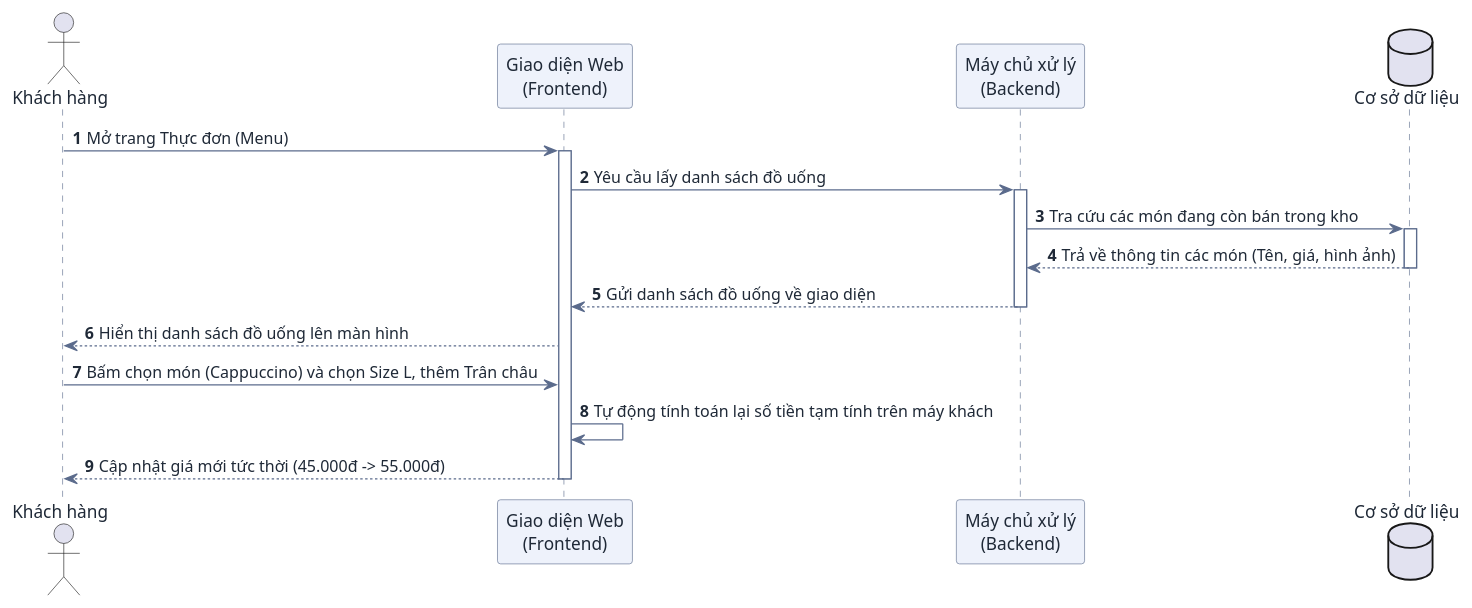
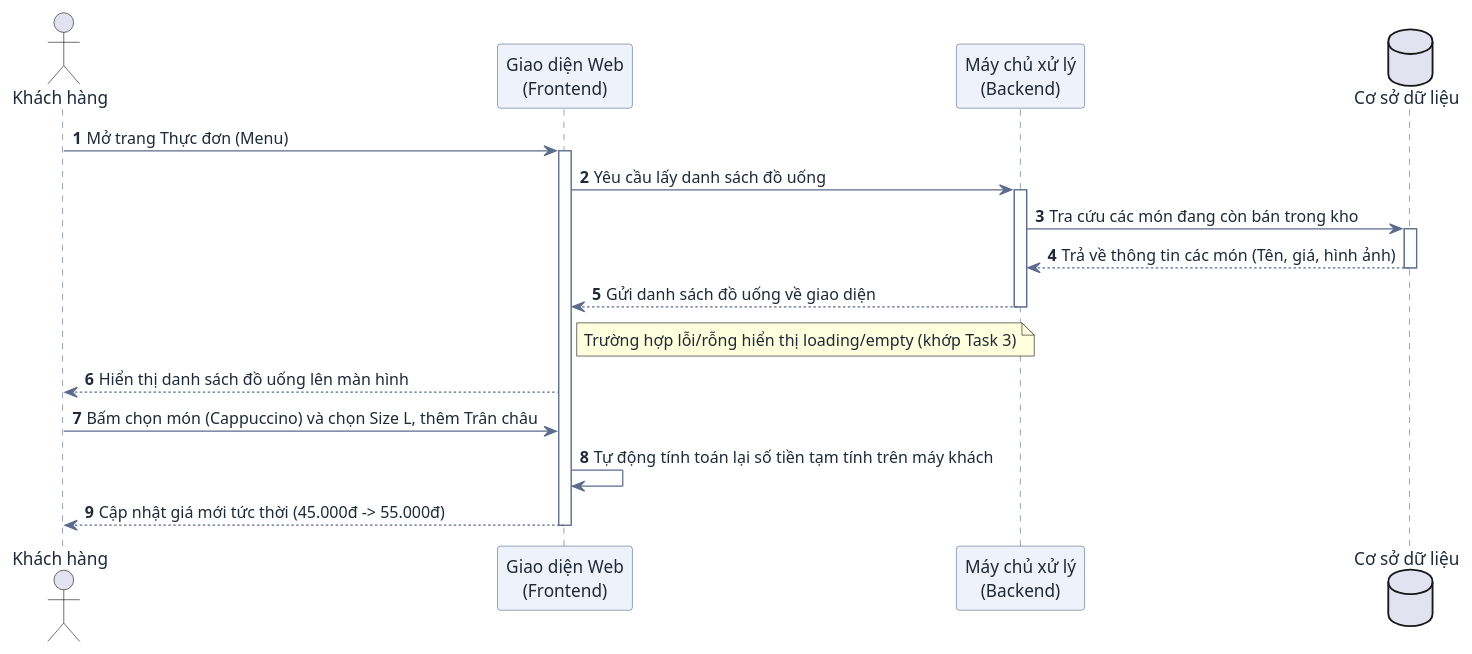
One commit to DuVinhLoi/BrewLite changed the first of 6 diagrams in docs/user-sequence-specifications.md. Above: the diagram before and after it, drawn with PlantUML. The commit also changed other lines of this file and 1 other file, not shown here.

Commit message:
docs: fill UC gaps register-detail-empty-delete-voucher

````diff
--- a/docs/user-sequence-specifications.md
+++ b/docs/user-sequence-specifications.md
@@ -81,35 +81,36 @@
 ```plantuml
 @startuml
 skinparam DefaultFontColor #1f2937
 skinparam ArrowColor #5b6b8c
 skinparam SequenceParticipantBackgroundColor #eef2fb
 skinparam SequenceParticipantBorderColor #5b6b8c
 skinparam SequenceLifeLineBorderColor #5b6b8c
 
 autonumber
 actor "Khách hàng" as User
 participant "Giao diện Web\n(Frontend)" as FE
 participant "Máy chủ xử lý\n(Backend)" as BE
 database "Cơ sở dữ liệu" as DB
 
 User -> FE : Mở trang Thực đơn (Menu)
 activate FE
 
 FE -> BE : Yêu cầu lấy danh sách đồ uống
 activate BE
 
 BE -> DB : Tra cứu các món đang còn bán trong kho
 activate DB
 DB --> BE : Trả về thông tin các món (Tên, giá, hình ảnh)
 deactivate DB
 
 BE --> FE : Gửi danh sách đồ uống về giao diện
+note right of FE : Trường hợp lỗi/rỗng hiển thị loading/empty (khớp Task 3)
 deactivate BE
 
 FE --> User : Hiển thị danh sách đồ uống lên màn hình
 User -> FE : Bấm chọn món (Cappuccino) và chọn Size L, thêm Trân châu
 FE -> FE : Tự động tính toán lại số tiền tạm tính trên máy khách
 FE --> User : Cập nhật giá mới tức thời (45.000đ -> 55.000đ)
 deactivate FE
 @enduml
 ```
````
